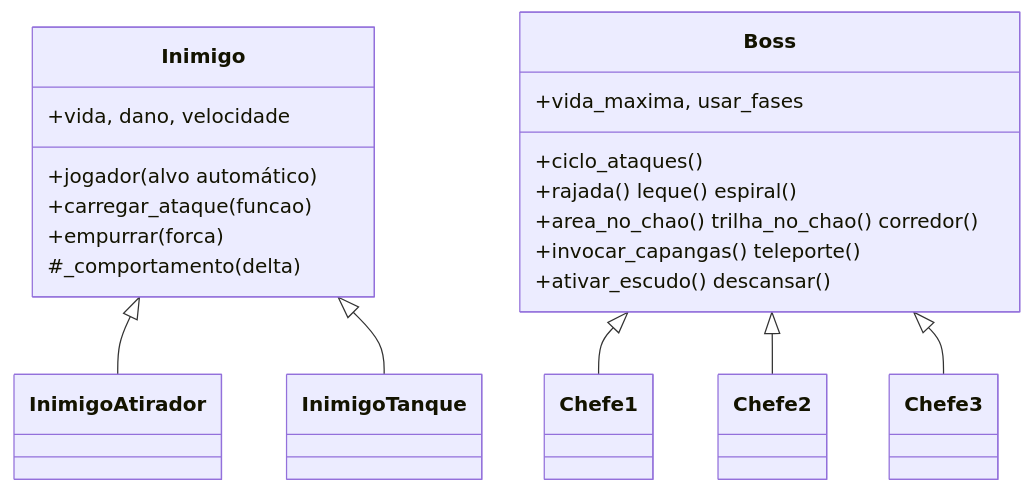
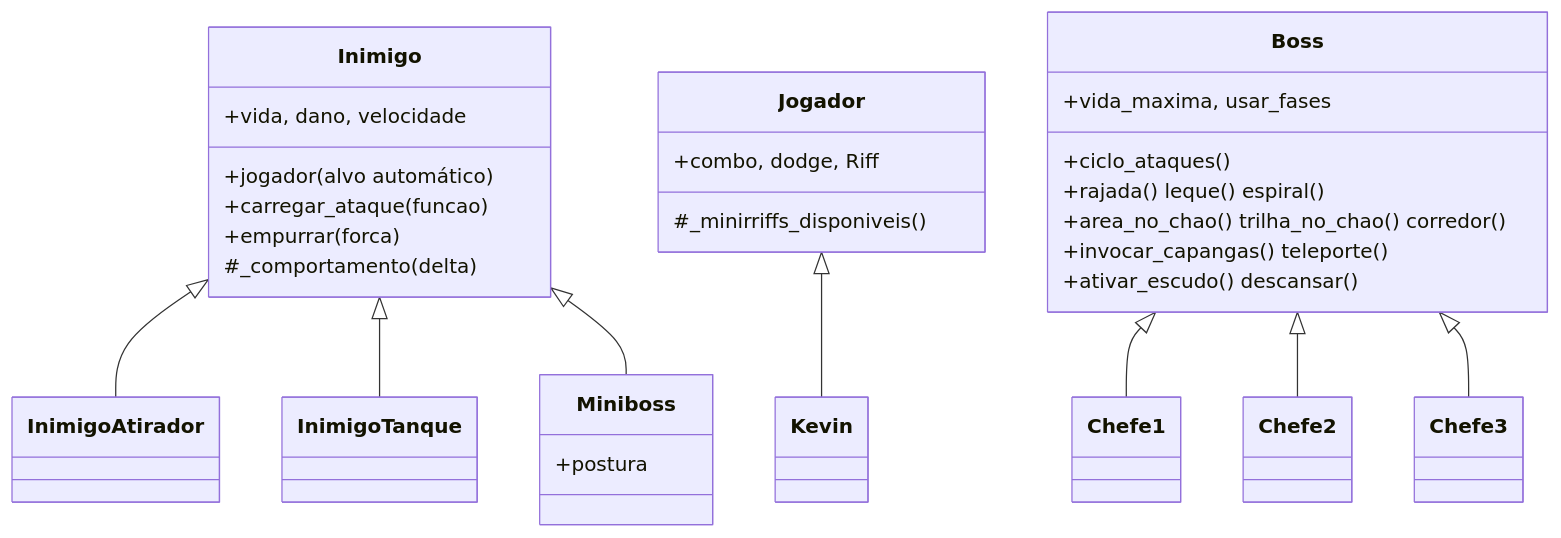
The fifth of 5 diagrams in docs/DOCUMENTACAO.md (lucas-gif561/metalworld), drawn with Mermaid before and after one commit. The commit also changed other lines of this file and 1 other file, not shown here.

First line of the commit message:
Docs: README e documentação com Kevin, Minirriff, ruas e bosses 1 e 2

````diff
--- a/docs/DOCUMENTACAO.md
+++ b/docs/DOCUMENTACAO.md
@@ -237,29 +264,40 @@
 ```mermaid
 classDiagram
     class Inimigo {
       +vida, dano, velocidade
       +jogador (alvo automático)
       +carregar_ataque(funcao)
       +empurrar(forca)
       #_comportamento(delta)
     }
     class InimigoAtirador
     class InimigoTanque
+    class Miniboss {
+      +postura
+    }
     Inimigo <|-- InimigoAtirador
     Inimigo <|-- InimigoTanque
+    Inimigo <|-- Miniboss
+
+    class Jogador {
+      +combo, dodge, Riff
+      #_minirriffs_disponiveis()
+    }
+    class Kevin
+    Jogador <|-- Kevin
 
     class Boss {
       +vida_maxima, usar_fases
       +ciclo_ataques()
       +rajada() leque() espiral()
       +area_no_chao() trilha_no_chao() corredor()
       +invocar_capangas() teleporte()
       +ativar_escudo() descansar()
     }
     class Chefe1
     class Chefe2
     class Chefe3
     Boss <|-- Chefe1
     Boss <|-- Chefe2
     Boss <|-- Chefe3
 ```
````
